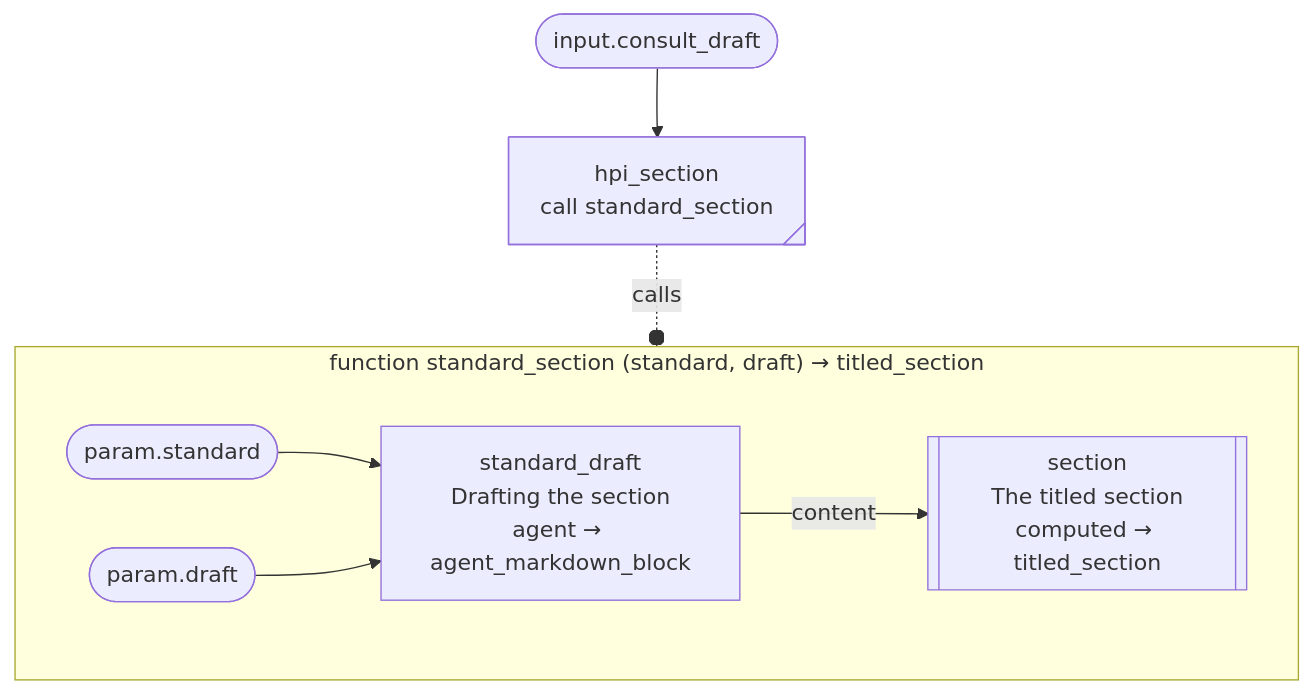
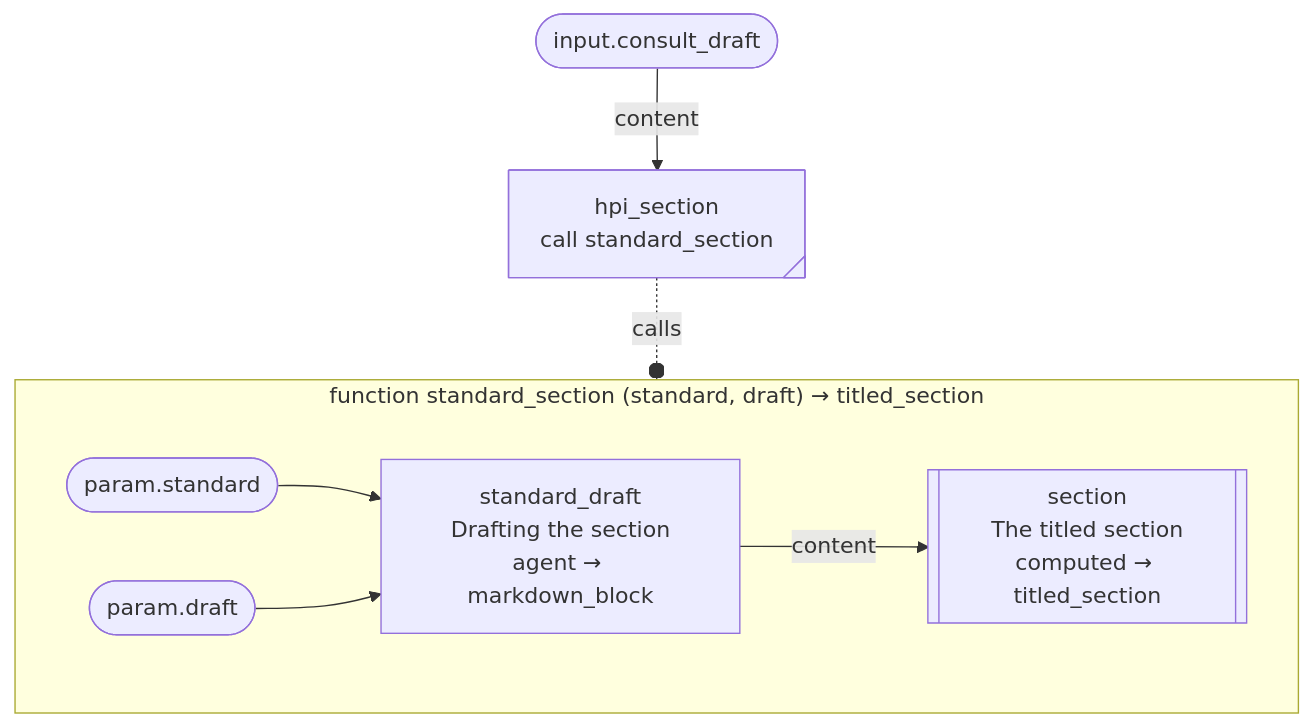
The third of 3 diagrams in docs/customizable-workflow/package-format-v31/09-engine-and-pages.md (Consultologist/Consultologist-Blazor), drawn with Mermaid before and after one commit. The commit also changed other lines of this file and 3 other files, not shown here.

````diff
--- a/docs/customizable-workflow/package-format-v31/09-engine-and-pages.md
+++ b/docs/customizable-workflow/package-format-v31/09-engine-and-pages.md
@@ -697,16 +723,16 @@
 ```mermaid
 flowchart TD
-    input_consult_draft(["input.consult_draft"])
-    hpi_section@{ shape: tag-rect, label: "hpi_section<br/>call standard_section" }
+    input__consult_draft(["input.consult_draft"])
+    node__hpi_section@{ shape: tag-rect, label: "hpi_section<br/>call standard_section" }
     subgraph fn_standard_section["function standard_section (standard, draft) → titled_section"]
-        param_standard(["param.standard"])
-        param_draft(["param.draft"])
-        standard_draft["standard_draft<br/>Drafting the section<br/>agent → agent_markdown_block"]
-        section[["section<br/>The titled section<br/>computed → titled_section"]]
-        param_standard --> standard_draft
-        param_draft --> standard_draft
-        standard_draft -->|"content"| section
+        param__standard(["param.standard"])
+        param__draft(["param.draft"])
+        fn_standard_section__node__standard_draft["standard_draft<br/>Drafting the section<br/>agent → markdown_block"]
+        fn_standard_section__node__section[["section<br/>The titled section<br/>computed → titled_section"]]
+        param__standard --> fn_standard_section__node__standard_draft
+        param__draft --> fn_standard_section__node__standard_draft
+        fn_standard_section__node__standard_draft -->|"content"| fn_standard_section__node__section
     end
-    input_consult_draft --> hpi_section
-    hpi_section -.-o|"calls"| fn_standard_section
+    input__consult_draft -->|"content"| node__hpi_section
+    node__hpi_section -.-o|"calls"| fn_standard_section
 ```
````
